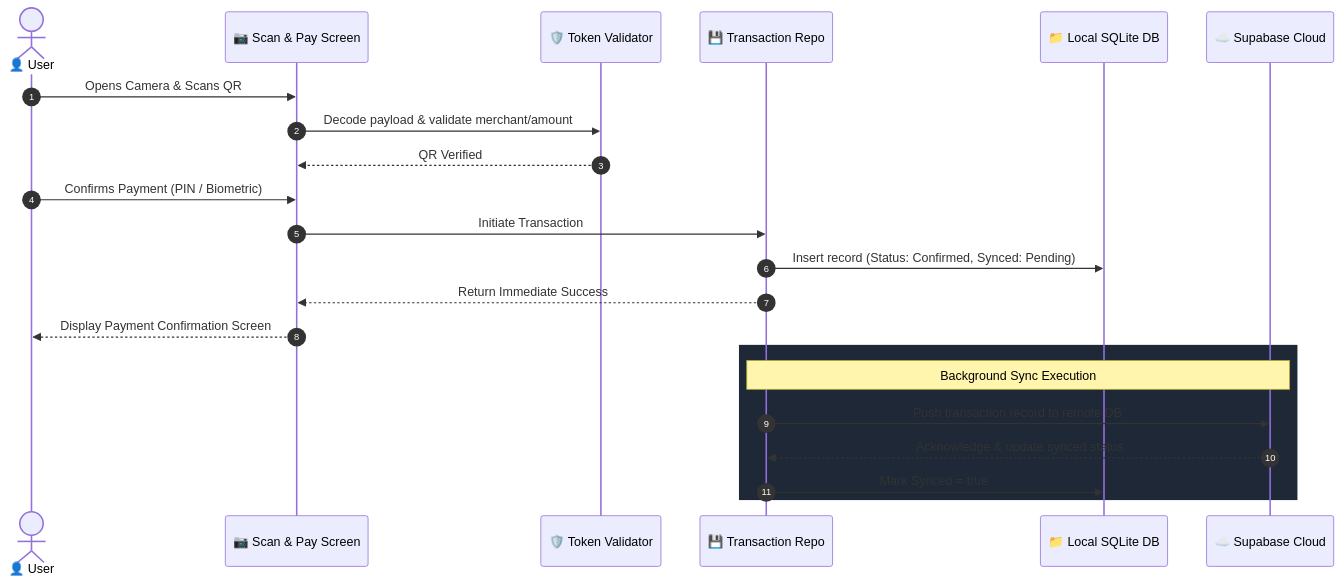
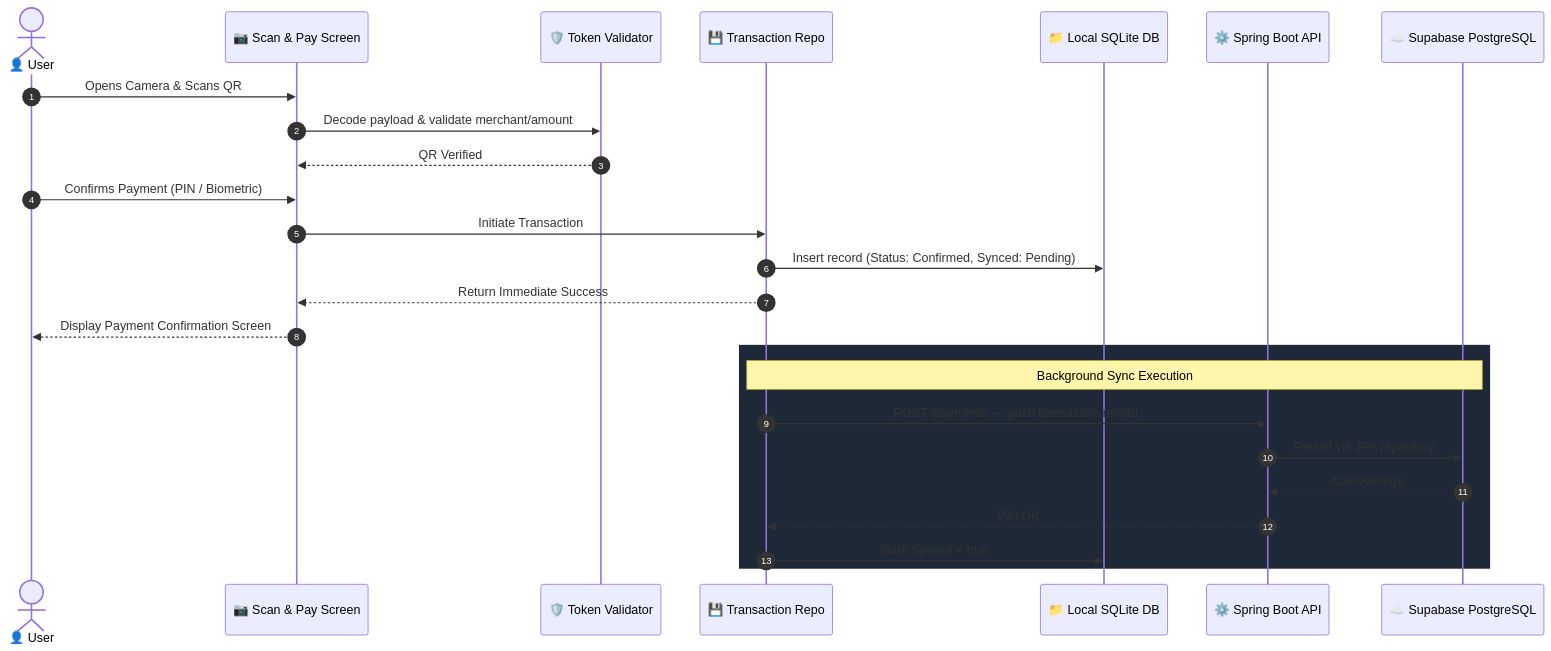
One commit to Lovedragn/Huly-Pay changed the second of 2 diagrams in README.md. Above: the diagram before and after it, drawn with Mermaid. The commit also changed other lines of this file, not shown here.

Commit message:
docs: update root README to reflect full monorepo (Flutter + Spring Boot + Next.js)

````diff
--- a/README.md
+++ b/README.md
@@ -166,25 +300,28 @@
 ```mermaid
 sequenceDiagram
     autonumber
     actor User as 👤 User
     participant Scanner as 📷 Scan & Pay Screen
     participant Validator as 🛡️ Token Validator
     participant Repo as 💾 Transaction Repo
     participant SQLite as 📁 Local SQLite DB
-    participant Cloud as ☁️ Supabase Cloud
+    participant API as ⚙️ Spring Boot API
+    participant Cloud as ☁️ Supabase PostgreSQL
 
     User->>Scanner: Opens Camera & Scans QR
     Scanner->>Validator: Decode payload & validate merchant/amount
     Validator-->>Scanner: QR Verified
     User->>Scanner: Confirms Payment (PIN / Biometric)
     Scanner->>Repo: Initiate Transaction
     Repo->>SQLite: Insert record (Status: Confirmed, Synced: Pending)
     Repo-->>Scanner: Return Immediate Success
     Scanner-->>User: Display Payment Confirmation Screen
     rect rgb(30, 40, 55)
     Note over Repo,Cloud: Background Sync Execution
-    Repo->>Cloud: Push transaction record to remote DB
-    Cloud-->>Repo: Acknowledge & update synced status
+    Repo->>API: POST /payments — push transaction record
+    API->>Cloud: Persist via JPA repository
+    Cloud-->>API: Acknowledge
+    API-->>Repo: 200 OK
     Repo->>SQLite: Mark Synced = true
     end
 ```
````
